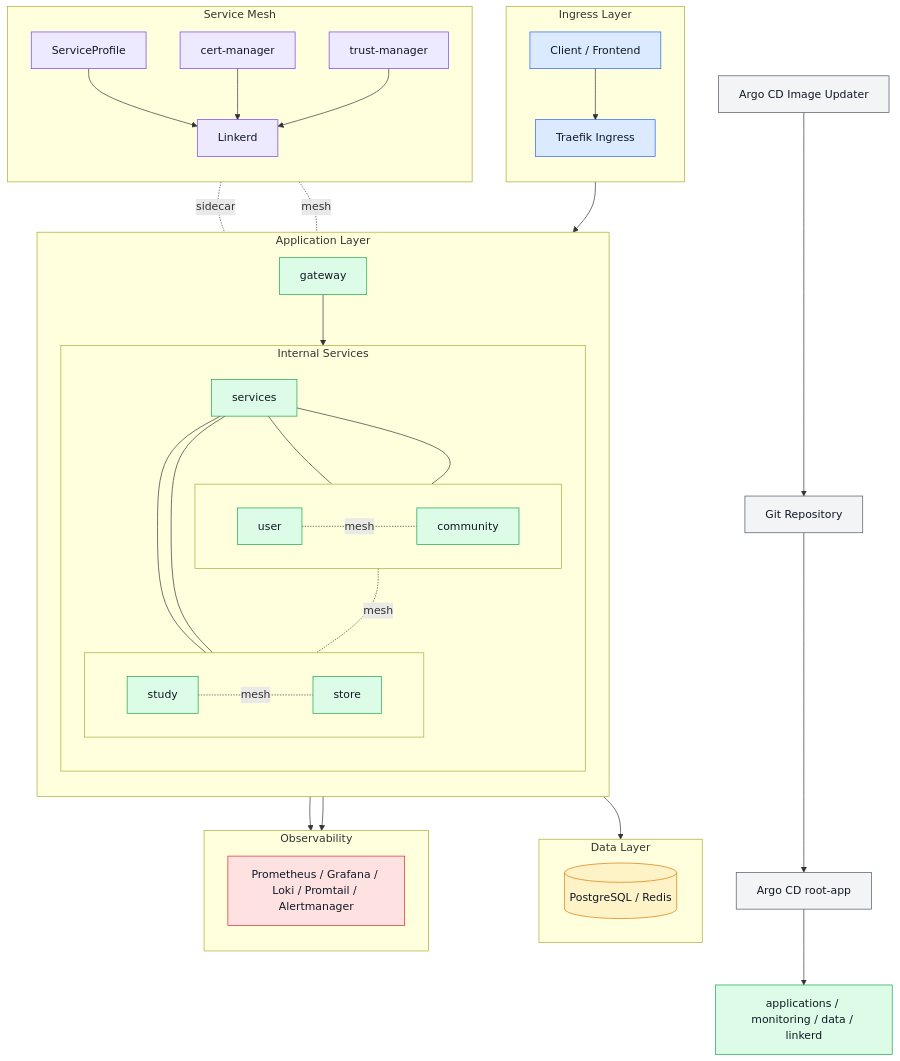
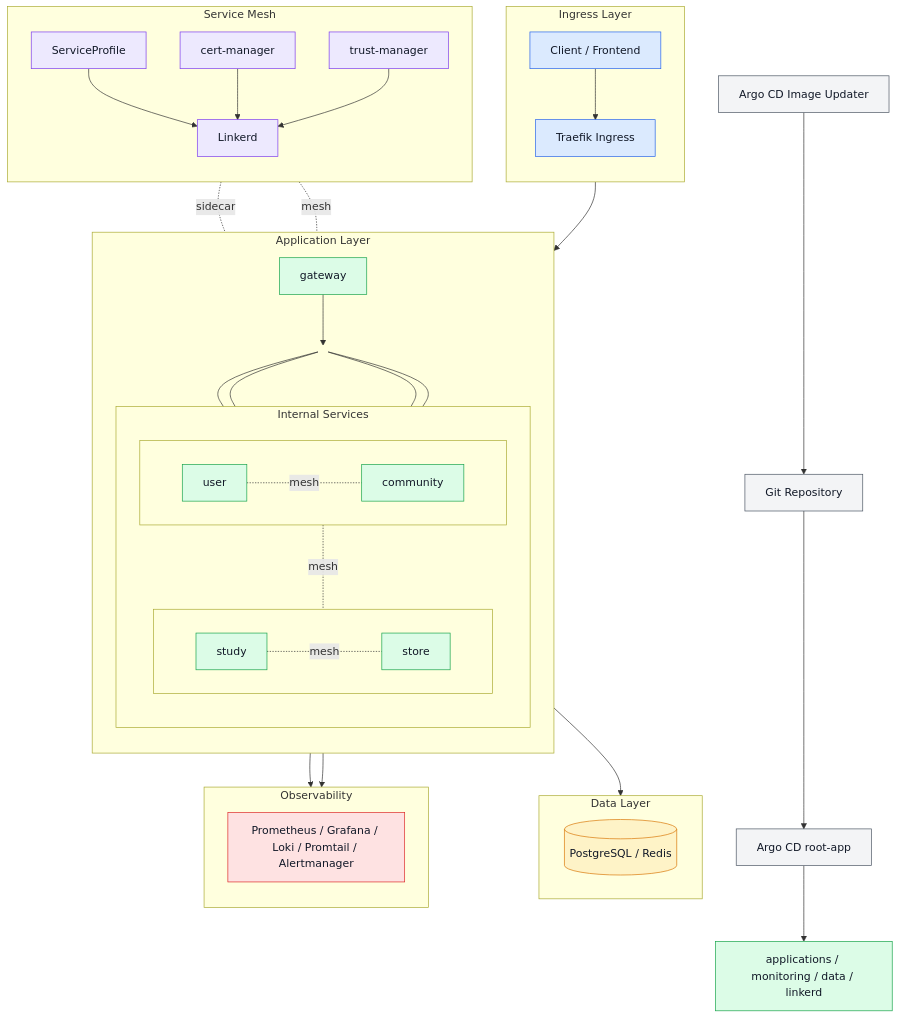
The diagram in README.md (checkMateit/checkmate-kubernetes), drawn with Mermaid before and after one commit.

````diff
--- a/README.md
+++ b/README.md
@@ -42,7 +42,6 @@
 
         subgraph ServicesBox["Internal Services"]
             direction TB
-            ServicesHub[services]
             subgraph ServicesRow1[" "]
                 direction LR
                 User[user]
@@ -54,18 +53,19 @@
                 Store[store]
             end
 
-            ServicesHub --- User
-            ServicesHub --- Community
-            ServicesHub --- Study
-            ServicesHub --- Store
-
             User -. mesh .- Community
             Community -. mesh .- Study
             Study -. mesh .- Store
         end
 
+        ServicesAnchor(( ))
+        ServicesAnchor --- User
+        ServicesAnchor --- Community
+        ServicesAnchor --- Study
+        ServicesAnchor --- Store
+
         Traefik --> Gateway
-        Gateway --> ServicesHub
+        Gateway --> ServicesAnchor
     end
 
     subgraph Data["Data Layer"]
@@ -73,7 +73,7 @@
         DataStore[(PostgreSQL / Redis)]
     end
 
-    ServicesHub --> DataStore
+    ServicesAnchor --> DataStore
 
     subgraph Mesh["Service Mesh"]
         direction TB
@@ -84,7 +84,7 @@
     end
 
     Linkerd -. sidecar .- Gateway
-    Linkerd -. mesh .- ServicesHub
+    Linkerd -. mesh .- ServicesAnchor
     ServiceProfile --> Linkerd
     CertManager --> Linkerd
     TrustManager --> Linkerd
@@ -95,14 +95,15 @@
     end
 
     Gateway --> Monitoring
-    ServicesHub --> Monitoring
+    ServicesAnchor --> Monitoring
 
     ArgoCD --> Platform[applications / monitoring / data / linkerd]
 
     class Repo,ImageUpdater,ArgoCD gitops;
     class Client,Traefik ingress;
-    class Gateway,ServicesHub,User,Community,Study,Store,Platform app;
+    class Gateway,User,Community,Study,Store,Platform app;
     class DataStore data;
     class Linkerd,ServiceProfile,CertManager,TrustManager mesh;
     class Monitoring obs;
+    style ServicesAnchor fill:transparent,stroke:transparent,color:transparent;
 ```
````
